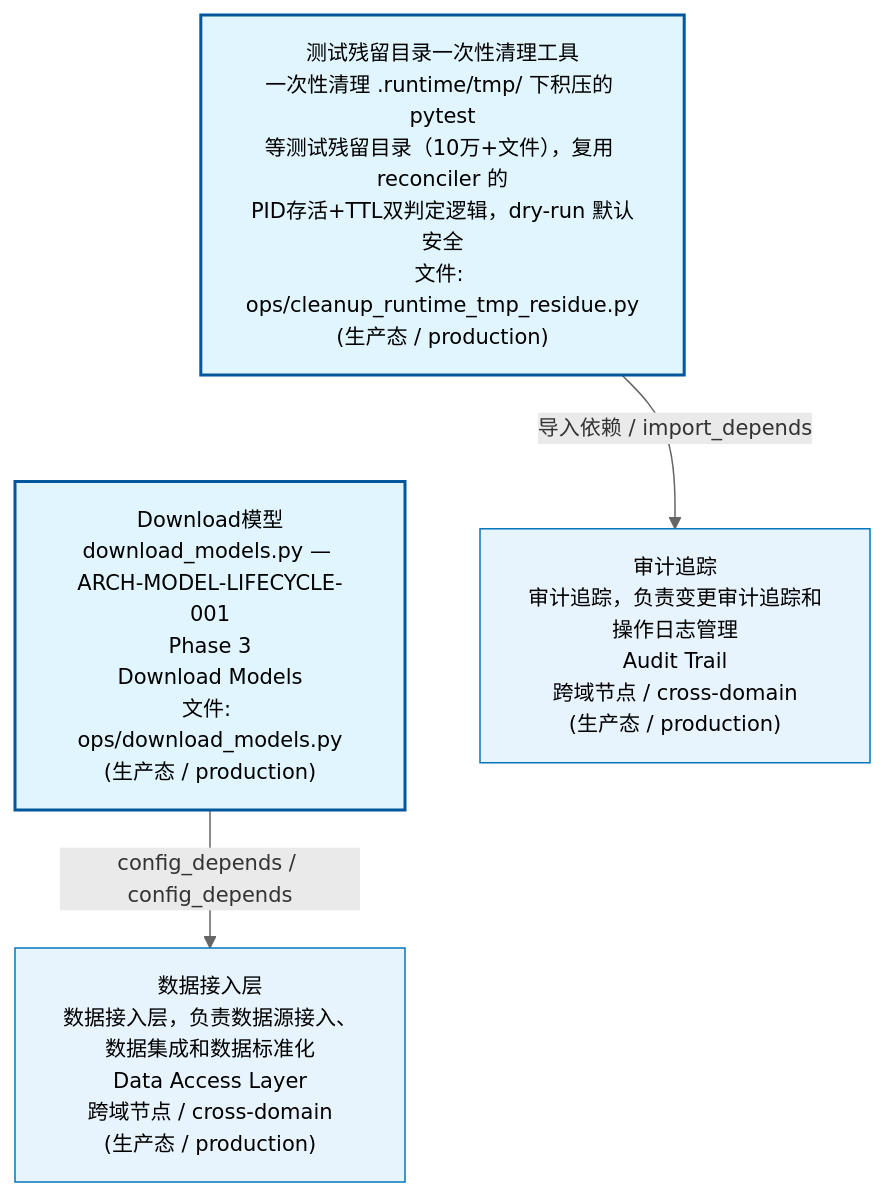
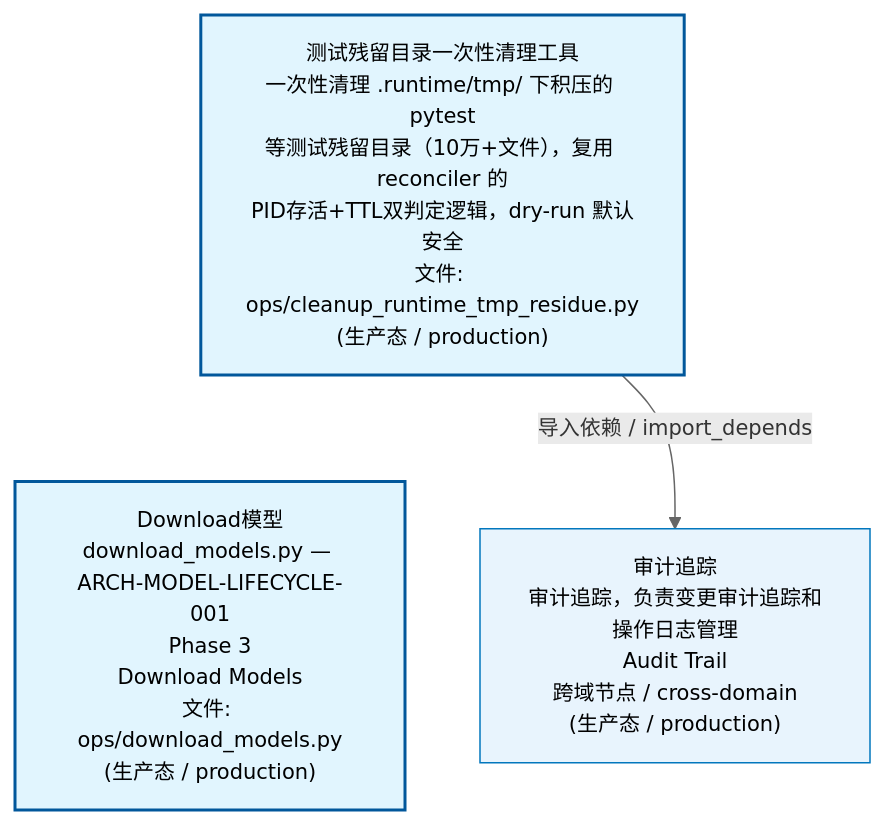
Before and after one commit to xuanFelixVan/ZephyrAlpha: the first of 3 diagrams in docs/02_enterprise_architecture/02_domain_architecture_docs/04_d_infra_ops.md, drawn with Mermaid. The commit also changed other lines of this file and 50 other files, not shown here.

````diff
--- a/docs/02_enterprise_architecture/02_domain_architecture_docs/04_d_infra_ops.md
+++ b/docs/02_enterprise_architecture/02_domain_architecture_docs/04_d_infra_ops.md
@@ -53,17 +53,15 @@
 ```mermaid
 %%{init: {'theme': 'base', 'themeVariables': {'primaryColor': '#eaeaea', 'primaryTextColor': '#333333', 'primaryBorderColor': '#666666', 'lineColor': '#666666', 'secondaryColor': '#eaeaea', 'tertiaryColor': '#eaeaea', 'fontSize': '14px'}}}%%
 flowchart TD
     scripts_ops_cleanup_runtime_tmp_residue_py["测试残留目录一次性清理工具<br/>一次性清理 .runtime/tmp/ 下积压的 pytest<br/>等测试残留目录（10万+文件），复用 reconciler 的<br/>PID存活+TTL双判定逻辑，dry-run 默认安全<br/>文件: ops/cleanup_runtime_tmp_residue.py<br/>(生产态 / production)"]
     scripts_ops_download_models_py["Download模型<br/>download_models.py — ARCH-MODEL-LIFECYCLE-001<br/>Phase 3<br/>Download Models<br/>文件: ops/download_models.py<br/>(生产态 / production)"]
     scripts_ops_cleanup_runtime_tmp_residue_py ~~~ scripts_ops_download_models_py
     D_GOV_AUDIT["审计追踪<br/>审计追踪，负责变更审计追踪和操作日志管理<br/>Audit Trail<br/>跨域节点 / cross-domain<br/>(生产态 / production)"]
     scripts_ops_cleanup_runtime_tmp_residue_py -->|导入依赖 / import_depends| D_GOV_AUDIT
-    D_DATA["数据接入层<br/>数据接入层，负责数据源接入、数据集成和数据标准化<br/>Data Access Layer<br/>跨域节点 / cross-domain<br/>(生产态 / production)"]
-    scripts_ops_download_models_py -->|config_depends / config_depends| D_DATA
     classDef production fill:#e1f5fe,stroke:#01579b,stroke-width:2px,color:#000
     classDef design fill:#fff3e0,stroke:#e65100,stroke-width:2px,color:#000,stroke-dasharray: 5 5
     classDef external_prod fill:#e8f4fd,stroke:#0277bd,stroke-width:1px,color:#000
     classDef external_design fill:#fff8e7,stroke:#ef6c00,stroke-width:1px,color:#000,stroke-dasharray: 5 5
     class scripts_ops_cleanup_runtime_tmp_residue_py,scripts_ops_download_models_py production
-    class D_GOV_AUDIT,D_DATA external_prod
+    class D_GOV_AUDIT external_prod
 ```
````
